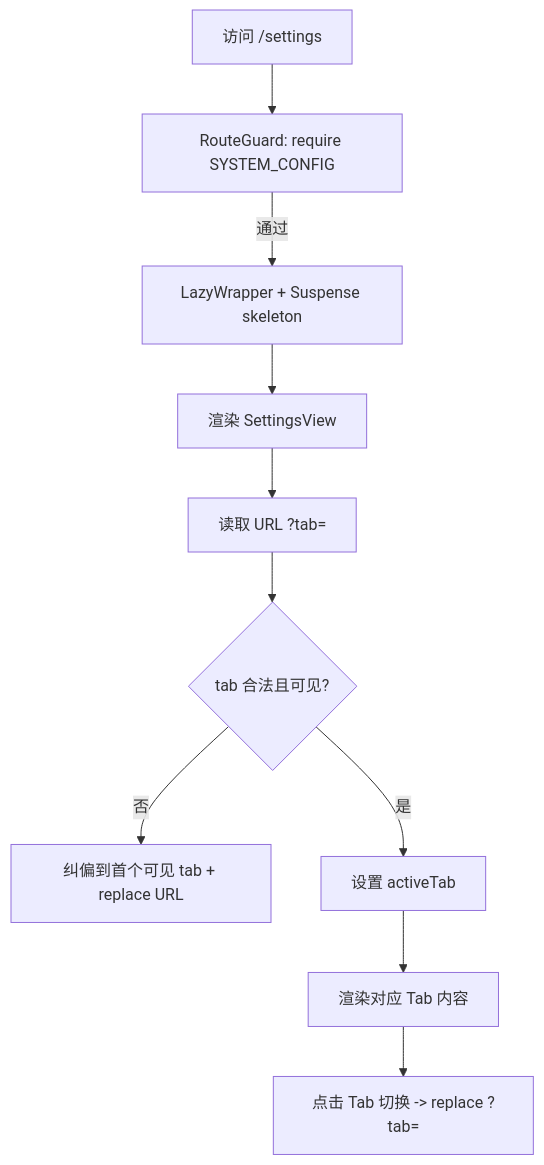
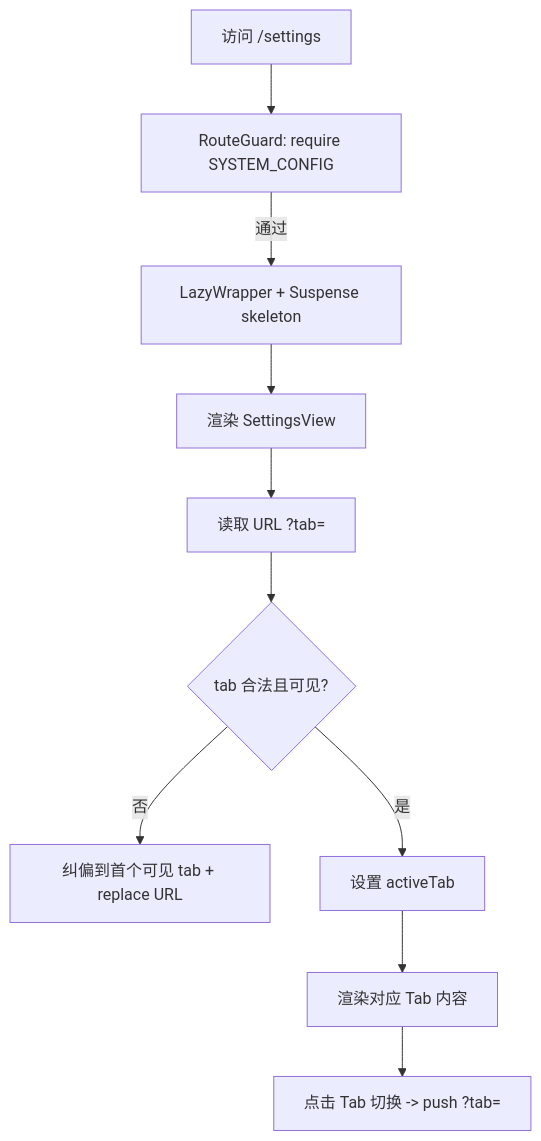
One commit to Izumi0527/inspect changed the second of 4 diagrams in docs/features/settings/system-settings-uiux-current.md. Above: the diagram before and after it, drawn with Mermaid. The commit also changed other lines of this file and 3 other files, not shown here.

````diff
--- a/docs/features/settings/system-settings-uiux-current.md
+++ b/docs/features/settings/system-settings-uiux-current.md
@@ -1546,12 +1612,12 @@
 ```mermaid
 flowchart TD
   A[访问 /settings] --> B[RouteGuard: require SYSTEM_CONFIG]
   B -->|通过| C[LazyWrapper + Suspense skeleton]
   C --> D[渲染 SettingsView]
   D --> E[读取 URL ?tab=]
   E --> F{tab 合法且可见?}
   F -- 否 --> G[纠偏到首个可见 tab + replace URL]
   F -- 是 --> H[设置 activeTab]
   H --> I[渲染对应 Tab 内容]
-  I --> J[点击 Tab 切换 -> replace ?tab=]
+  I --> J[点击 Tab 切换 -> push ?tab=]
 ```
````
